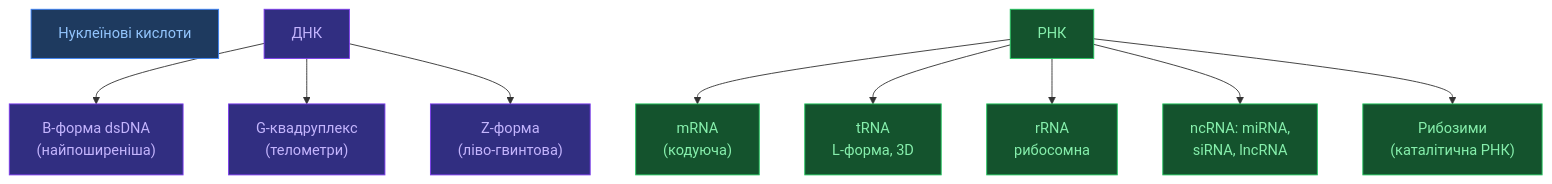
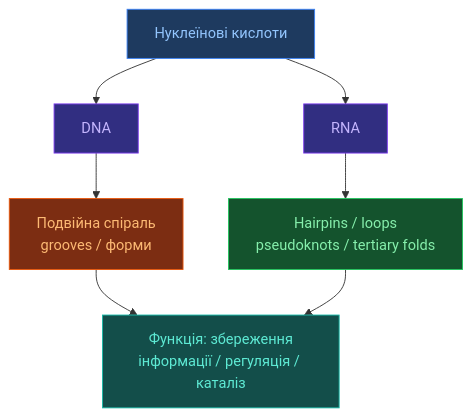
The diagram in UA/2. Концепції/2.1. Біологія/2.1.4. Нуклеїнові кислоти.md (OlehVolkov/AlphaFold3-AIGen-KnowledgeBase), drawn with Mermaid before and after one commit. The commit also changed other lines of this file and 33 other files, not shown here.

````diff
--- a/UA/2. Концепції/2.1. Біологія/2.1.4. Нуклеїнові кислоти.md
+++ b/UA/2. Концепції/2.1. Біологія/2.1.4. Нуклеїнові кислоти.md
@@ -17,20 +69,23 @@
 ```mermaid
 flowchart TD
-    NA["Нуклеїнові кислоти"]:::root
-    DNA["ДНК"]:::dna
-    RNA["РНК"]:::rna
+    NA["Нуклеїнові кислоти"]:::input
+    DNA["DNA"]:::trunk
+    RNA["RNA"]:::trunk
+    D2["Подвійна спіраль<br/>grooves / форми"]:::confidence
+    R2["Hairpins / loops<br/>pseudoknots / tertiary folds"]:::diffusion
+    FUNC["Функція: збереження<br/>інформації / регуляція / каталіз"]:::output
 
-    DNA --> dsDNA["B-форма dsDNA<br/>(найпоширеніша)"]:::dna
-    DNA --> GDNA["G-квадруплекс<br/>(телометри)"]:::dna
-    DNA --> ZDNA["Z-форма<br/>(ліво-гвинтова)"]:::dna
+    NA --> DNA
+    NA --> RNA
+    DNA --> D2
+    RNA --> R2
+    D2 --> FUNC
+    R2 --> FUNC
 
-    RNA --> mRNA["mRNA<br/>(кодуюча)"]:::rna
-    RNA --> tRNA["tRNA<br/>L-форма, 3D"]:::rna
-    RNA --> rRNA["rRNA<br/>рибосомна"]:::rna
-    RNA --> ncRNA["ncRNA: miRNA,<br/>siRNA, lncRNA"]:::rna
-    RNA --> ribozyme["Рибозими<br/>(каталітична РНК)"]:::rna
-
-    classDef root fill:#1e3a5f,stroke:#3b82f6,color:#93c5fd
-    classDef dna  fill:#312e81,stroke:#7c3aed,color:#c4b5fd
-    classDef rna  fill:#14532d,stroke:#22c55e,color:#86efac
+    classDef input fill:#1e3a5f,stroke:#3b82f6,color:#93c5fd
+    classDef trunk fill:#312e81,stroke:#7c3aed,color:#c4b5fd
+    classDef diffusion fill:#14532d,stroke:#22c55e,color:#86efac
+    classDef confidence fill:#7c2d12,stroke:#ea580c,color:#fdba74
+    classDef output fill:#134e4a,stroke:#14b8a6,color:#5eead4
+    classDef neutral fill:#1e293b,stroke:#475569,color:#94a3b8
 ```
````
